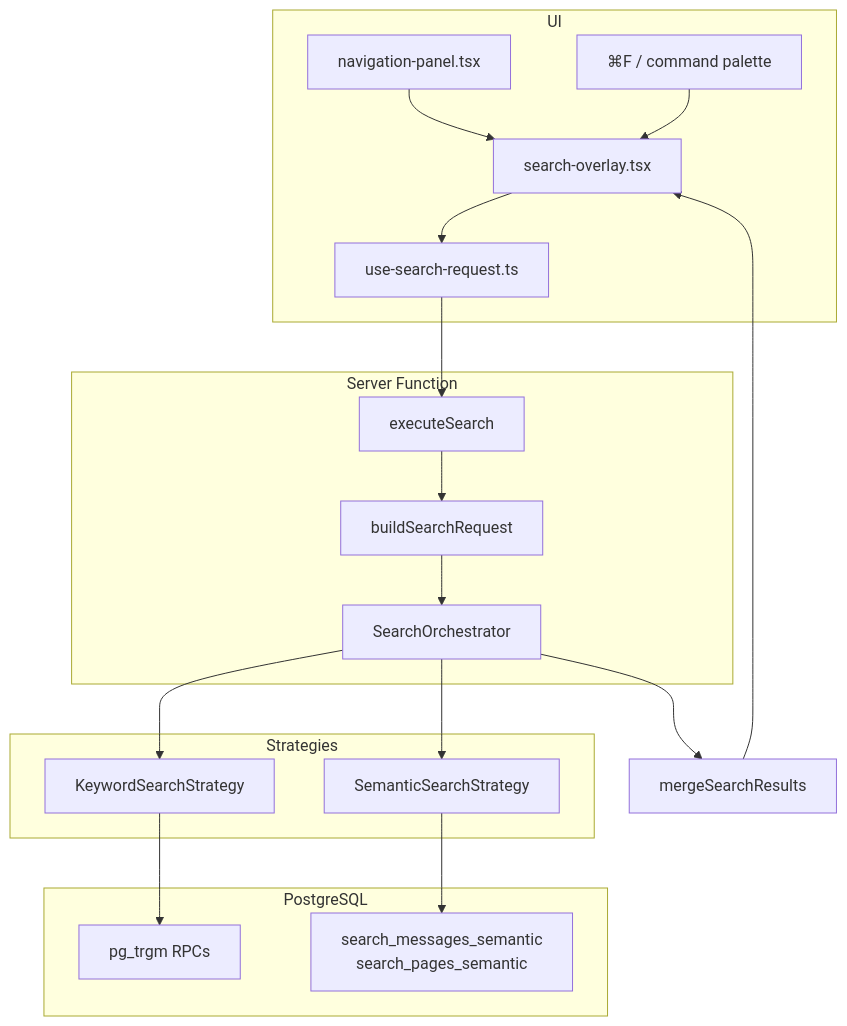
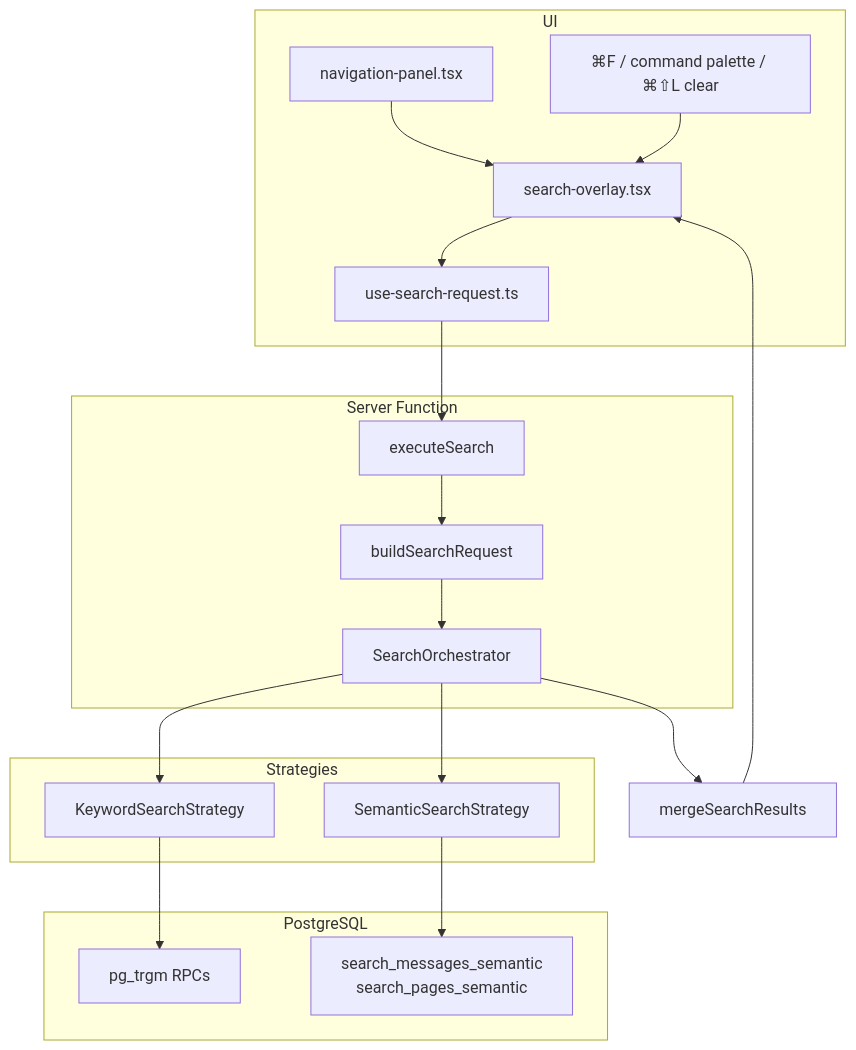
The diagram in docs/search/readme.md (carlos-tamarind/tamarind-app), drawn with Mermaid before and after one commit. The commit also changed 21 other files, not shown here.

````diff
--- a/docs/search/readme.md
+++ b/docs/search/readme.md
@@ -26,33 +26,33 @@
 ```mermaid
 flowchart TB
   subgraph UI
     Nav["navigation-panel.tsx"]
-    Hotkeys["⌘F / command palette"]
+    Hotkeys["⌘F / command palette / ⌘⇧L clear"]
     Overlay["search-overlay.tsx"]
     Hook["use-search-request.ts"]
   end
 
   subgraph ServerFn["Server Function"]
     Exec["executeSearch"]
     Build["buildSearchRequest"]
     Orch["SearchOrchestrator"]
   end
 
   subgraph Strategies
     KW["KeywordSearchStrategy"]
     SEM["SemanticSearchStrategy"]
   end
 
   subgraph DB["PostgreSQL"]
     Trgm["pg_trgm RPCs"]
     Vec["search_messages_semantic\nsearch_pages_semantic"]
   end
 
   Nav --> Overlay
   Hotkeys --> Overlay
   Overlay --> Hook --> Exec --> Build --> Orch
   Orch --> KW --> Trgm
   Orch --> SEM --> Vec
   Orch --> Merge["mergeSearchResults"]
   Merge --> Overlay
 ```
````
